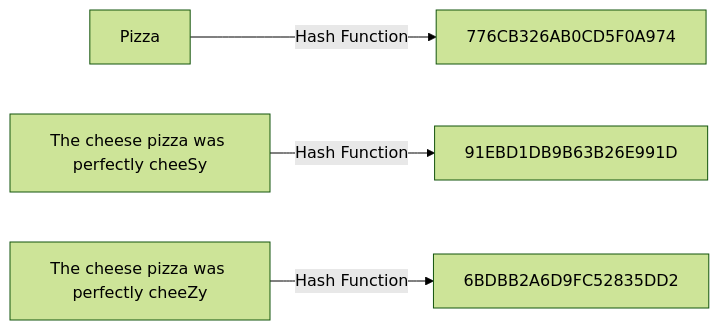
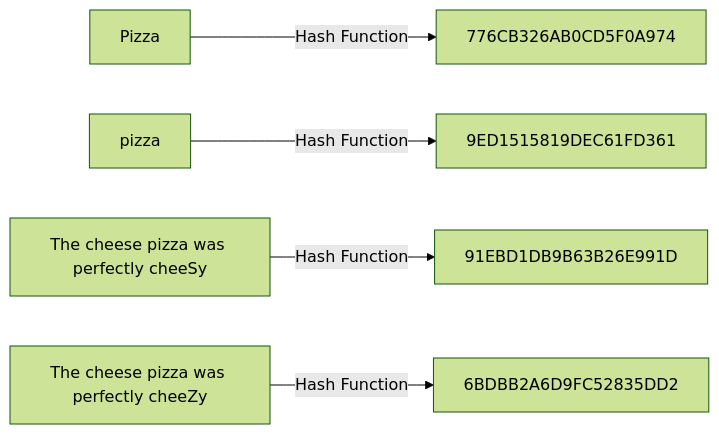
The diagram in README.md (anieldev/demonet), drawn with Mermaid (forest theme) before and after one commit. The commit also changed other lines of this file, not shown here.

````diff
--- a/README.md
+++ b/README.md
@@ -7,8 +7,9 @@
 ```mermaid
 graph LR
 A[Pizza] -- Hash Function --> B[776CB326AB0CD5F0A974]
+C[pizza] -- Hash Function --> D[9ED1515819DEC61FD361]
 E[The cheese pizza was perfectly cheeSy ] -- Hash Function --> F[91EBD1DB9B63B26E991D]
-C[The cheese pizza was perfectly cheeZy ] -- Hash Function --> D[6BDBB2A6D9FC52835DD2]
+G[The cheese pizza was perfectly cheeZy ] -- Hash Function --> H[6BDBB2A6D9FC52835DD2]
 
 
 ```
````
